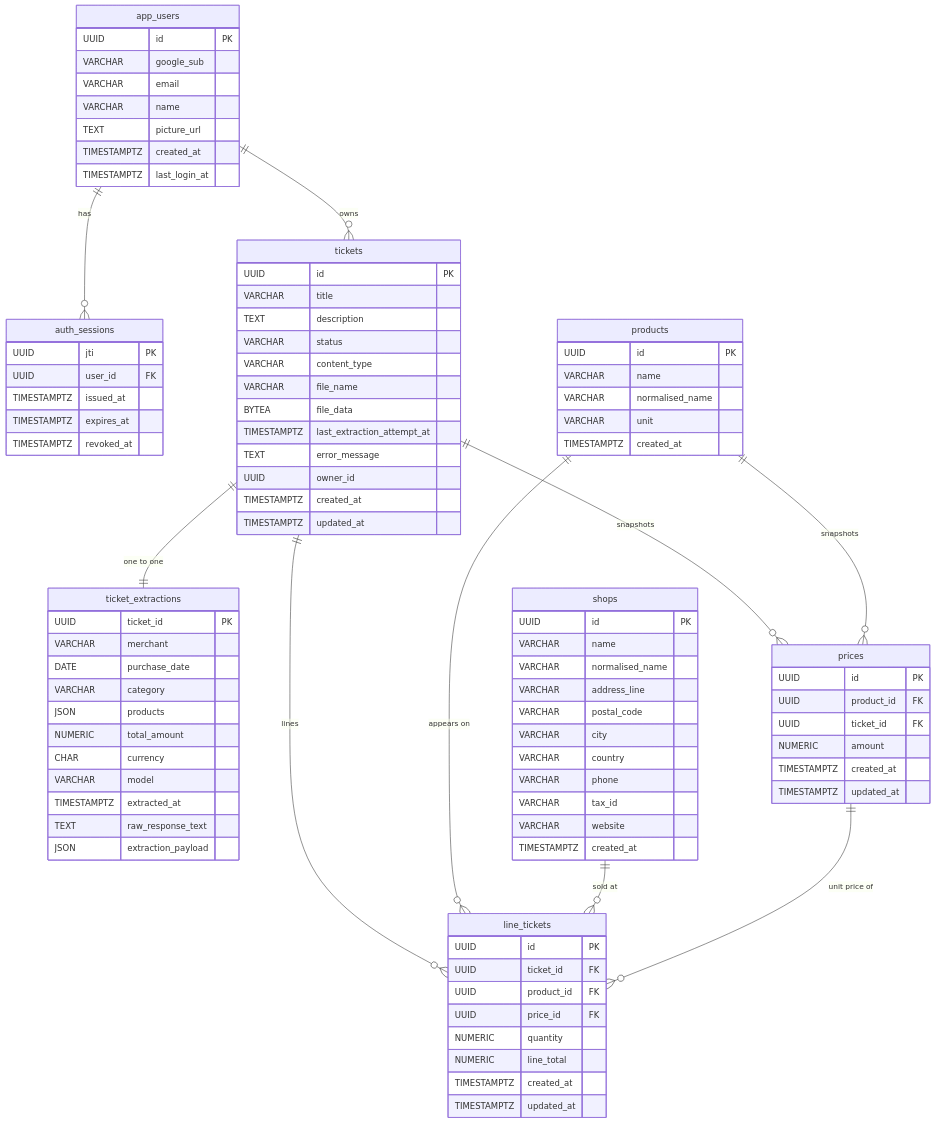
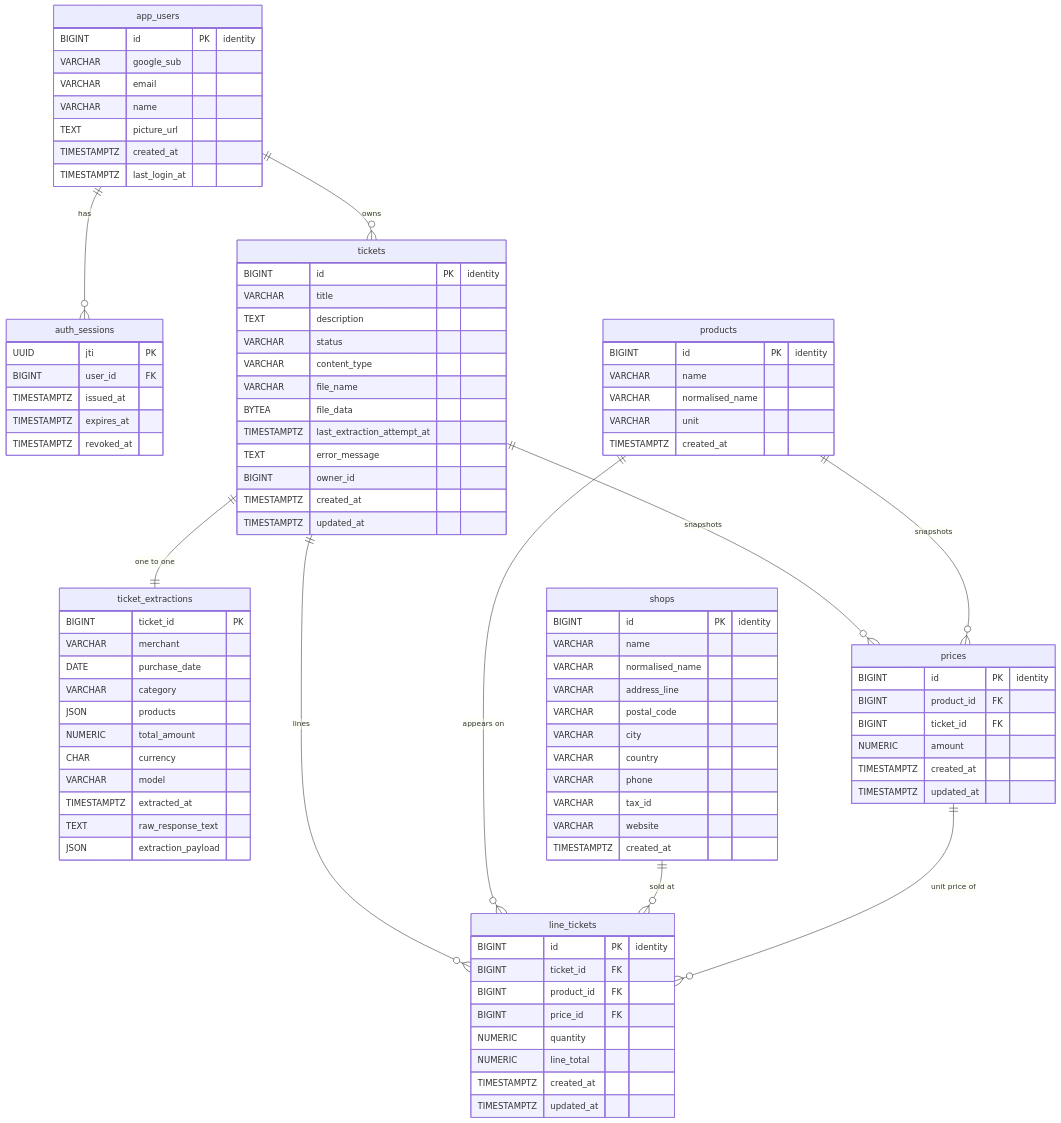
The diagram in docs/erd/schema.md (arepresas/ticketApp), drawn with Mermaid before and after one commit. The commit also changed other lines of this file and 93 other files, not shown here.

First line of the commit message:
refactor!(db): switch entity ids from UUID to BIGINT identity

```diff
--- a/docs/erd/schema.md
+++ b/docs/erd/schema.md
@@ -20,7 +20,7 @@
     prices  ||--o{ line_tickets : "unit price of"
 
     app_users {
-        UUID id PK
+        BIGINT id PK "identity"
         VARCHAR google_sub
         VARCHAR email
         VARCHAR name
@@ -31,14 +31,14 @@
 
     auth_sessions {
         UUID jti PK
-        UUID user_id FK
+        BIGINT user_id FK
         TIMESTAMPTZ issued_at
         TIMESTAMPTZ expires_at
         TIMESTAMPTZ revoked_at
     }
 
     tickets {
-        UUID id PK
+        BIGINT id PK "identity"
         VARCHAR title
         TEXT description
         VARCHAR status
@@ -47,13 +47,13 @@
         BYTEA file_data
         TIMESTAMPTZ last_extraction_attempt_at
         TEXT error_message
-        UUID owner_id
+        BIGINT owner_id
         TIMESTAMPTZ created_at
         TIMESTAMPTZ updated_at
     }
 
     ticket_extractions {
-        UUID ticket_id PK
+        BIGINT ticket_id PK
         VARCHAR merchant
         DATE purchase_date
         VARCHAR category
@@ -67,7 +67,7 @@
     }
 
     shops {
-        UUID id PK
+        BIGINT id PK "identity"
         VARCHAR name
         VARCHAR normalised_name
         VARCHAR address_line
@@ -81,7 +81,7 @@
     }
 
     products {
-        UUID id PK
+        BIGINT id PK "identity"
         VARCHAR name
         VARCHAR normalised_name
         VARCHAR unit
@@ -89,19 +89,19 @@
     }
 
     prices {
-        UUID id PK
-        UUID product_id FK
-        UUID ticket_id FK
+        BIGINT id PK "identity"
+        BIGINT product_id FK
+        BIGINT ticket_id FK
         NUMERIC amount
         TIMESTAMPTZ created_at
         TIMESTAMPTZ updated_at
     }
 
     line_tickets {
-        UUID id PK
-        UUID ticket_id FK
-        UUID product_id FK
-        UUID price_id FK
+        BIGINT id PK "identity"
+        BIGINT ticket_id FK
+        BIGINT product_id FK
+        BIGINT price_id FK
         NUMERIC quantity
         NUMERIC line_total
         TIMESTAMPTZ created_at
```
